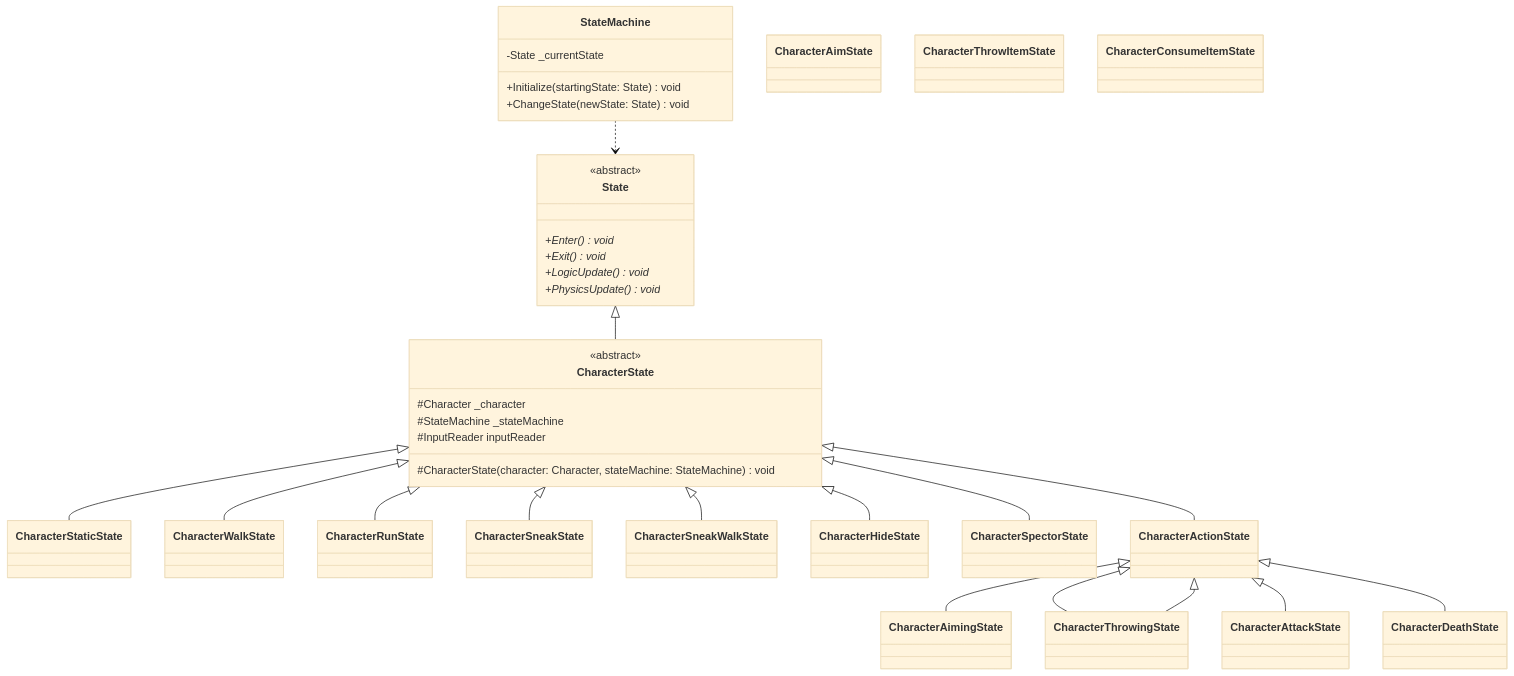
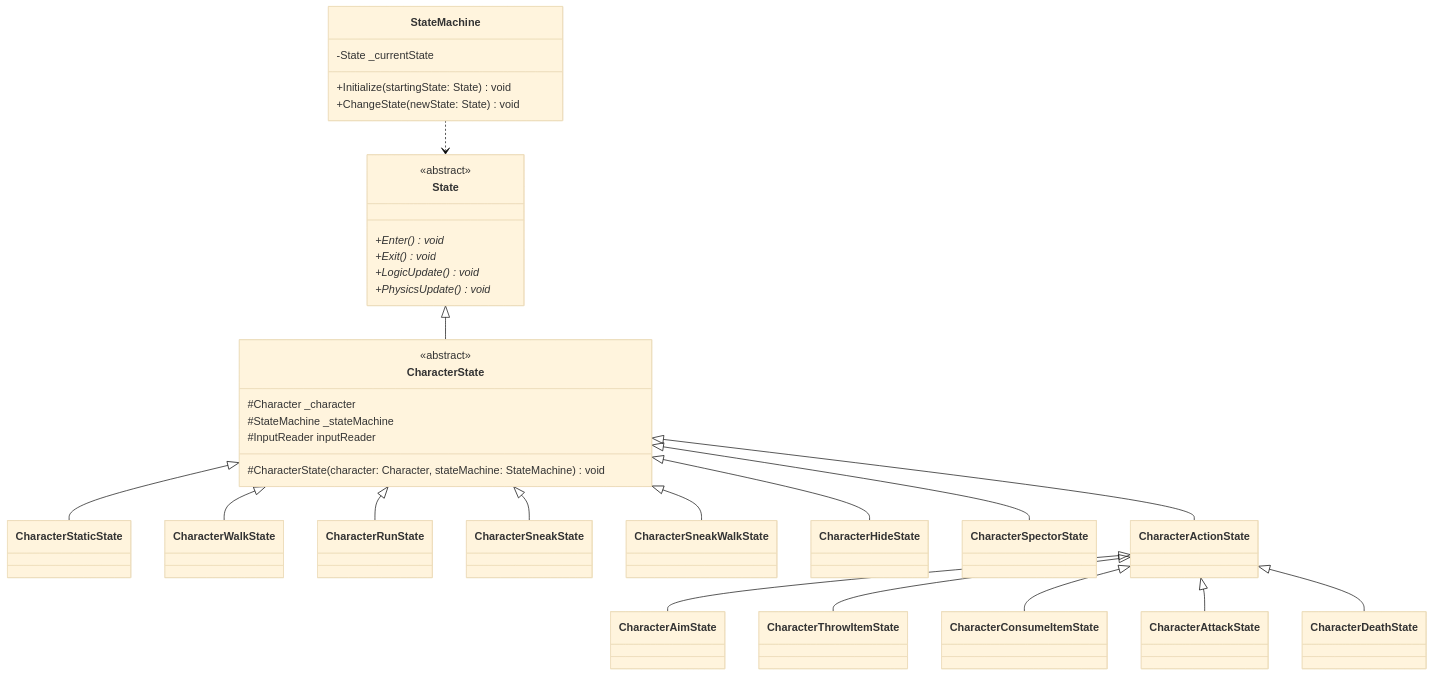
One commit to Labae/CatchIo_obsidian changed the diagram in Character/Character FSM UML.md. Above: the diagram before and after it, drawn with Mermaid (base theme). The commit also changed 5 other files, not shown here.

````diff
--- a/Character/Character FSM UML.md
+++ b/Character/Character FSM UML.md
@@ -1,66 +1,66 @@
 ```mermaid
 classDiagram
 	class State {
 		<<abstract>>
 		+Enter()* void
 		+Exit()* void
 		+LogicUpdate()* void
 		+PhysicsUpdate()* void
 	}
 	class StateMachine {
 		-State _currentState
 
 		+Initialize(startingState: State) void
 		+ChangeState(newState: State) void
 	}
 	StateMachine ..> State
 
 	class CharacterState {
 		<<abstract>>
 		#Character _character
 		#StateMachine _stateMachine
 		#InputReader inputReader
 
 		#CharacterState(character: Character, stateMachine: StateMachine) void
 	}
 	State <|-- CharacterState
 
 	class CharacterStaticState { }
 	CharacterState <|-- CharacterStaticState
 	
 	class CharacterWalkState { }
 	CharacterState <|-- CharacterWalkState
 	
 	class CharacterRunState { }
 	CharacterState <|-- CharacterRunState
 	
 	class CharacterSneakState { }
 	CharacterState <|-- CharacterSneakState
 
 	class CharacterSneakWalkState { }
 	CharacterState <|-- CharacterSneakWalkState
 	
 	class CharacterHideState { }
 	CharacterState <|-- CharacterHideState
 
 	class CharacterSpectorState { }
 	CharacterState <|-- CharacterSpectorState
 	
 	class CharacterActionState { }
 	CharacterState <|-- CharacterActionState
 	
 	class CharacterAimState { }
-	CharacterActionState <|-- CharacterAimingState
+	CharacterActionState <|-- CharacterAimState
 	
 	class CharacterThrowItemState { }
-	CharacterActionState <|-- CharacterThrowingState
+	CharacterActionState <|-- CharacterThrowItemState
 
 	class CharacterConsumeItemState { }
-	CharacterActionState <|-- CharacterThrowingState
+	CharacterActionState <|-- CharacterConsumeItemState
 	
 	class CharacterAttackState { }
 	CharacterActionState <|-- CharacterAttackState
 
 	class CharacterDeathState
 	CharacterActionState <|-- CharacterDeathState
 ```
````
